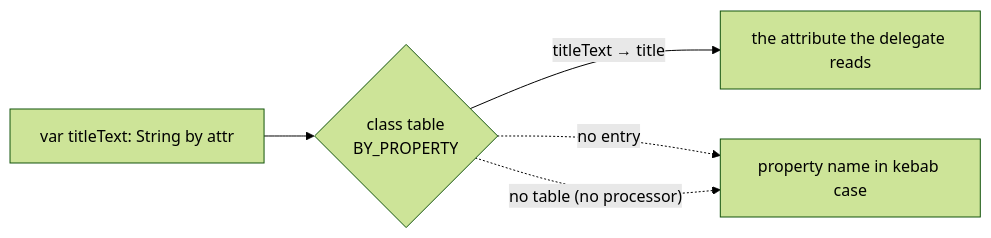
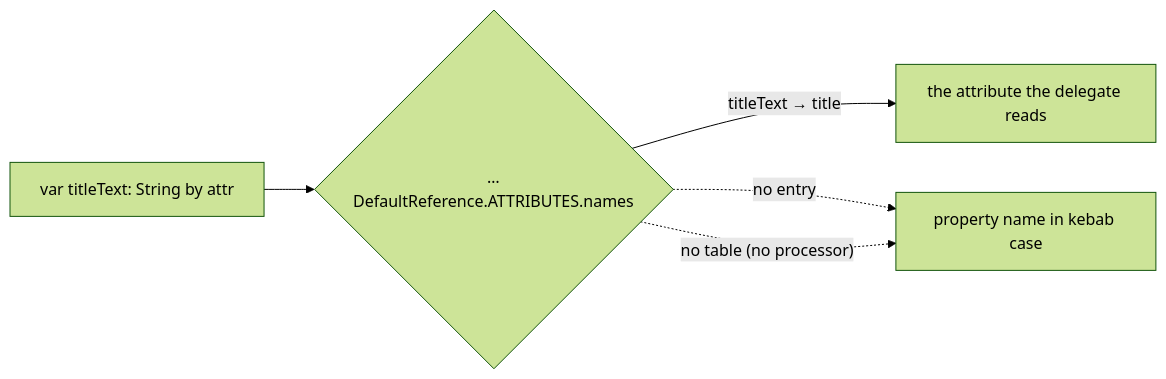
One commit to shijianjs/ktjs-dom-kit changed the second of 2 diagrams in docs/src/jsMain/resources/docs/dom-kit/attributes.md. Above: the diagram before and after it, drawn with Mermaid (forest theme). The commit also changed other lines of this file and 23 other files, not shown here.

````diff
--- a/docs/src/jsMain/resources/docs/dom-kit/attributes.md
+++ b/docs/src/jsMain/resources/docs/dom-kit/attributes.md
@@ -55,7 +55,7 @@
 ```mermaid
 flowchart LR
-  P["var titleText: String by attr"] --> T{"class table<br/>BY_PROPERTY"}
+  P["var titleText: String by attr"] --> T{"…DefaultReference.ATTRIBUTES.names"}
   T -- "titleText → title" --> N["the attribute the delegate reads"]
   T -. "no entry" .-> K["property name in kebab case"]
   T -. "no table (no processor)" .-> K
 ```
````
